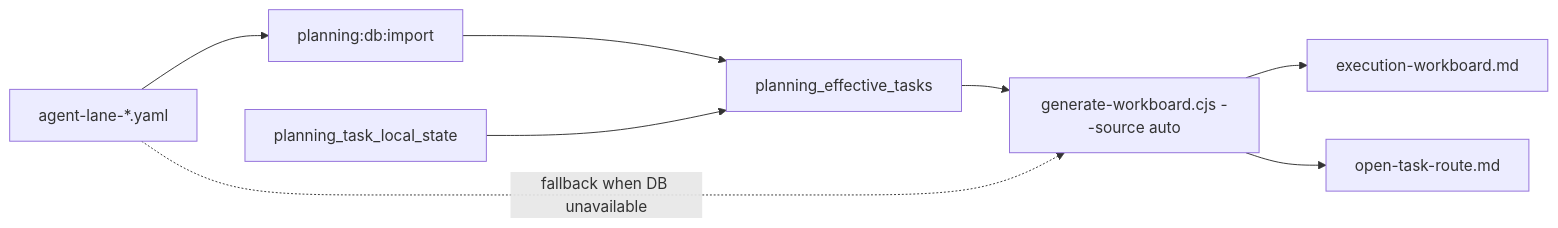
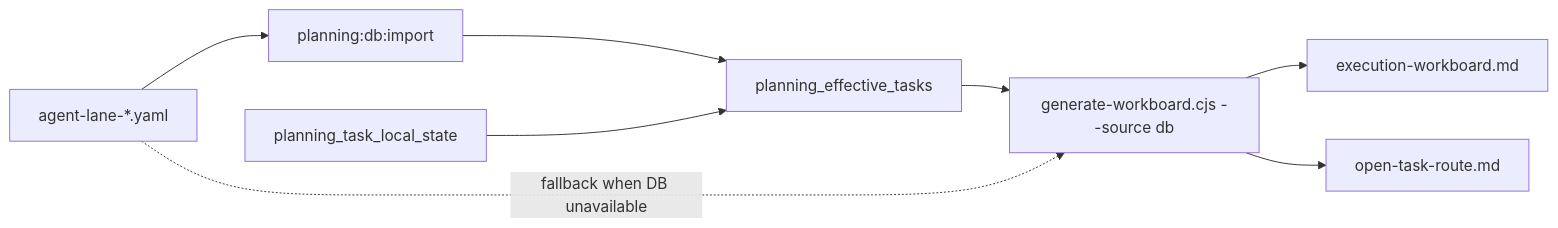
Before and after one commit to dunay2/dvt: the fifth of 10 diagrams in docs/planning/proposals/mandatory/governance-and-docs/planning-state-query-store-plan-20260506.md, drawn with Mermaid. The commit also changed other lines of this file and 33 other files, not shown here.

````diff
--- a/docs/planning/proposals/mandatory/governance-and-docs/planning-state-query-store-plan-20260506.md
+++ b/docs/planning/proposals/mandatory/governance-and-docs/planning-state-query-store-plan-20260506.md
@@ -847,10 +862,10 @@
 ```mermaid
 flowchart LR
   LaneYaml["agent-lane-*.yaml"] --> Import["planning:db:import"]
   Import --> EffectiveTasks["planning_effective_tasks"]
   LocalOverlays["planning_task_local_state"] --> EffectiveTasks
-  EffectiveTasks --> WorkboardGenerator["generate-workboard.cjs --source auto"]
+  EffectiveTasks --> WorkboardGenerator["generate-workboard.cjs --source db"]
   LaneYaml -. "fallback when DB unavailable" .-> WorkboardGenerator
   WorkboardGenerator --> ExecutionWorkboard["execution-workboard.md"]
   WorkboardGenerator --> OpenTaskRoute["open-task-route.md"]
 ```
````
